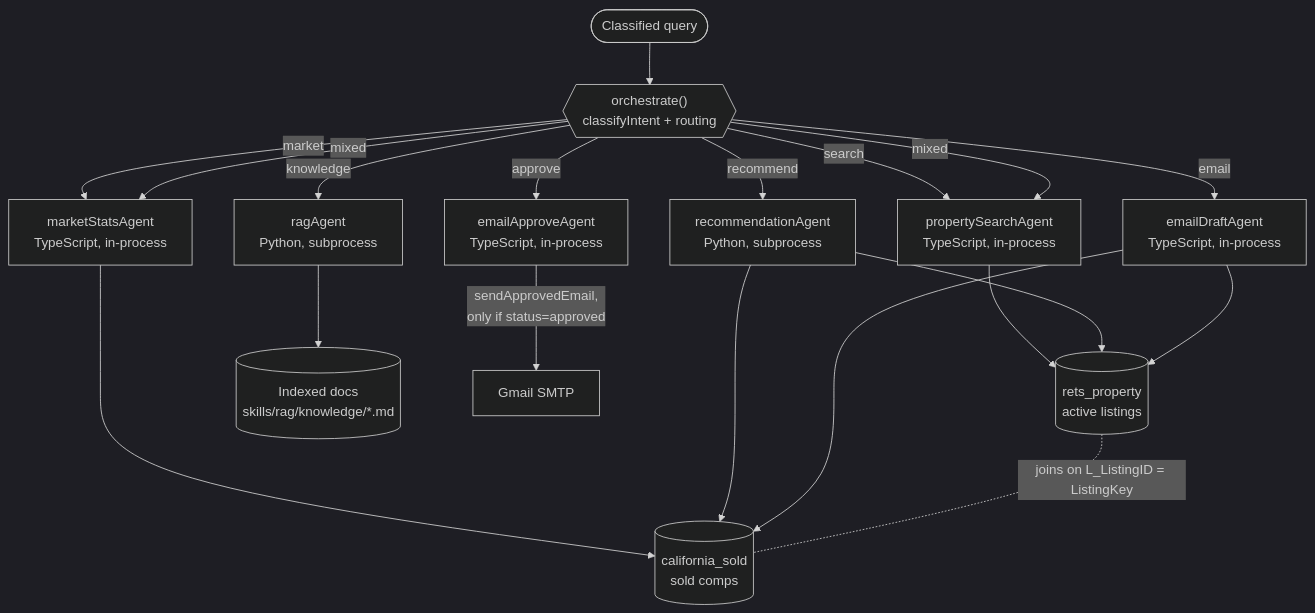
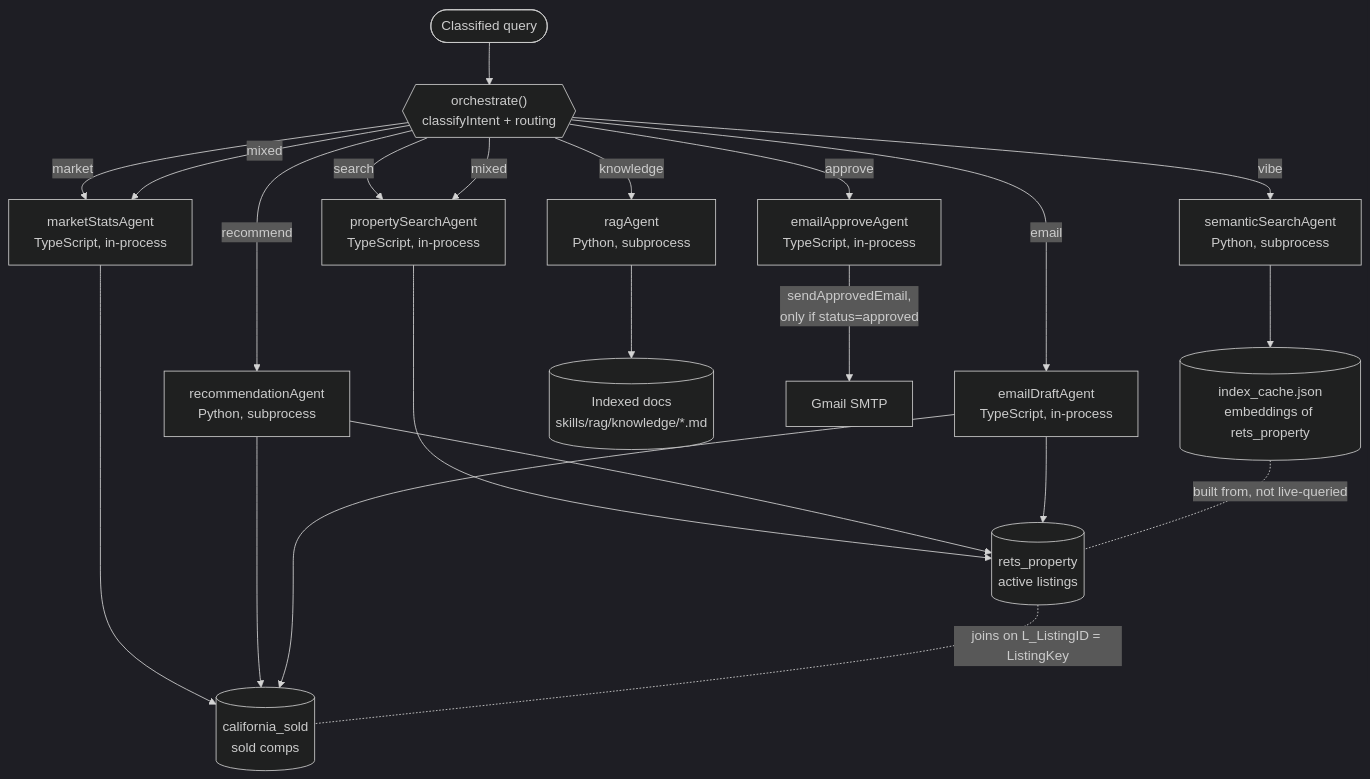
Before and after one commit to Di-123-Di/OpenClaw-Based-Multi-Agent: the first of 2 diagrams in docs/architecture.md, drawn with Mermaid (dark theme). The commit also changed other lines of this file and 9 other files, not shown here.

First line of the commit message:
Wire semantic search into the orchestrator as a new vibe intent

````diff
--- a/docs/architecture.md
+++ b/docs/architecture.md
@@ -94,24 +94,27 @@
 ```mermaid
 flowchart TD
     Q([Classified query]) --> ORC{{"orchestrate()<br/>classifyIntent + routing"}}
 
     ORC -->|search| PSA[propertySearchAgent<br/>TypeScript, in-process]
     ORC -->|market| MSA[marketStatsAgent<br/>TypeScript, in-process]
+    ORC -->|vibe| SSA[semanticSearchAgent<br/>Python, subprocess]
     ORC -->|recommend| RCA[recommendationAgent<br/>Python, subprocess]
     ORC -->|knowledge| RGA[ragAgent<br/>Python, subprocess]
     ORC -->|email| EDA[emailDraftAgent<br/>TypeScript, in-process]
     ORC -->|approve| EAA[emailApproveAgent<br/>TypeScript, in-process]
     ORC -->|mixed| PSA
     ORC -->|mixed| MSA
 
     PSA --> RP[(rets_property<br/>active listings)]
     MSA --> CS[(california_sold<br/>sold comps)]
+    SSA --> EC[(index_cache.json<br/>embeddings of rets_property)]
     RCA --> RP
     RCA --> CS
     RGA --> KD[(Indexed docs<br/>skills/rag/knowledge/*.md)]
     EDA --> RP
     EDA --> CS
     EAA -->|sendApprovedEmail,<br/>only if status=approved| SMTP[Gmail SMTP]
 
     RP -. "joins on L_ListingID = ListingKey" .- CS
+    EC -. "built from, not live-queried" .- RP
 ```
````
